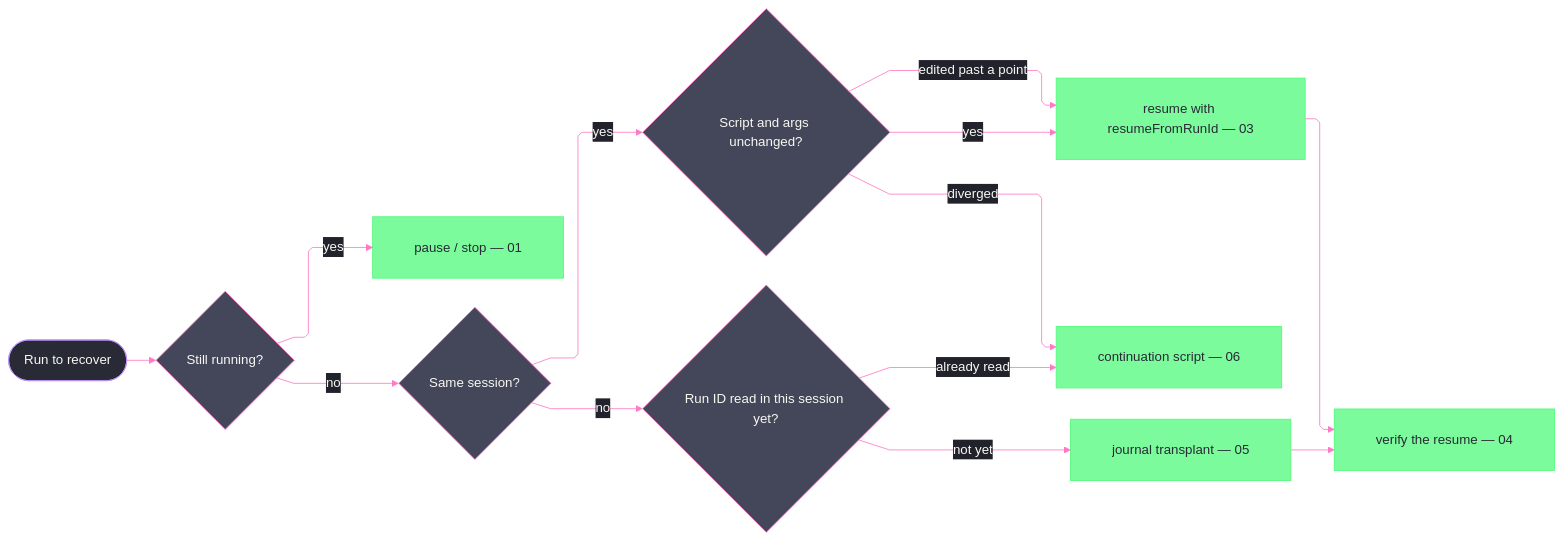
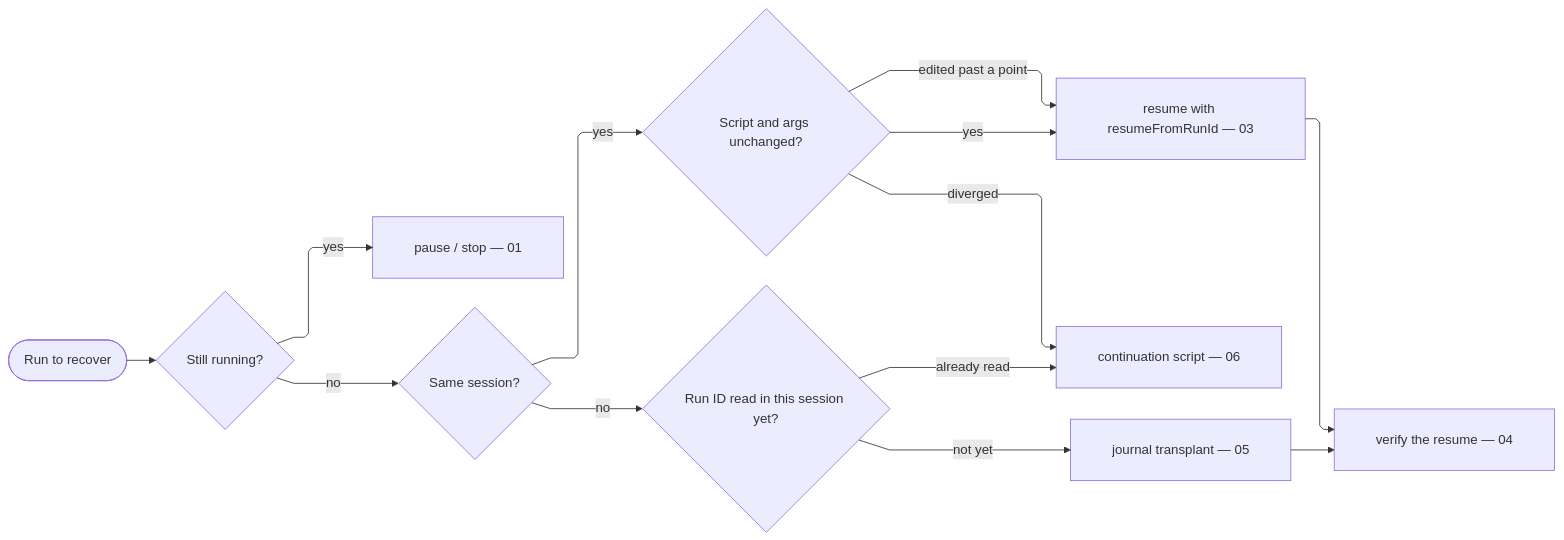
Before and after one commit to bsamiee/Rasm: the diagram in .claude/skills/workflow-creator/references/recovery.md, drawn with Mermaid. The commit also changed 324 other files, not shown here.

````diff
--- a/.claude/skills/workflow-creator/references/recovery.md
+++ b/.claude/skills/workflow-creator/references/recovery.md
@@ -5,46 +5,24 @@
 ```mermaid
 ---
 config:
-  theme: base
-  look: classic
   layout: elk
   flowchart:
     curve: linear
     padding: 25
-  themeVariables:
-    darkMode: true
-    fontFamily: "SF Mono, Menlo, Cascadia Mono, Segoe UI Mono, Consolas, monospace"
-    useGradient: false
-    dropShadow: "none"
-    background: "#282A36"
-    primaryColor: "#44475A"
-    primaryTextColor: "#F8F8F2"
-    primaryBorderColor: "#BD93F9"
-    lineColor: "#FF79C6"
-    textColor: "#F8F8F2"
-    edgeLabelBackground: "#21222C"
-    labelBackgroundColor: "#21222C"
-  themeCSS: ".nodeLabel{font-size:13px;font-weight:500}.edgeLabel{font-size:12px;font-weight:500}.cluster-label .nodeLabel{font-size:13.5px;font-weight:700;letter-spacing:.08em}.edge-thickness-normal{stroke-width:2px}.edge-thickness-thick{stroke-width:3px}.edge-pattern-dashed,.edge-pattern-dotted{stroke-width:1.5px;stroke-dasharray:4 6}.node rect,.node circle,.node polygon,.node path,.node .outer-path{stroke-width:1.5px;filter:none!important}.cluster rect{stroke-width:1px!important;stroke-dasharray:5 4!important;filter:none!important}.marker path{transform:scale(.8);transform-origin:5px 5px}.marker circle{transform:scale(.48);transform-origin:5px 5px}.edgeLabel rect{transform-box:fill-box;transform-origin:center;transform:scale(1.1,1.2)}"
 ---
 flowchart LR
     accTitle: Run recovery dispatch
     accDescr: A run to recover discriminating through liveness, session identity, script drift, and the transplant window into controls, resume, transplant, or a continuation script, with every resume verified.
     In([Run to recover]) --> Live{Still running?}
     Live -->|"yes"| CT["pause / stop — 01"]
     Live -->|"no"| Sess{Same session?}
     Sess -->|"yes"| Bytes{Script and args unchanged?}
     Sess -->|"no"| Win{Run ID read in this session yet?}
     Bytes -->|"yes"| RES["resume with resumeFromRunId — 03"]
     Bytes -->|"edited past a point"| RES
     Bytes -->|"diverged"| CONT["continuation script — 06"]
     Win -->|"not yet"| TX["journal transplant — 05"]
     Win -->|"already read"| CONT
     RES --> VER["verify the resume — 04"]
     TX --> VER
-    classDef primary fill:#44475A,stroke:#FF79C6,color:#F8F8F2
-    classDef success fill:#50FA7BBF,stroke:#50FA7B,color:#282A36
-    classDef boundary fill:#282A36,stroke:#BD93F9,color:#F8F8F2
-    class Live,Sess,Bytes,Win primary
-    class CT,RES,TX,CONT,VER success
-    class In boundary
 ```
````
